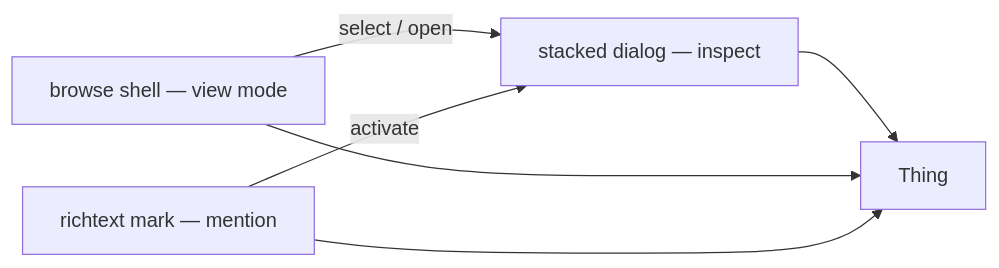
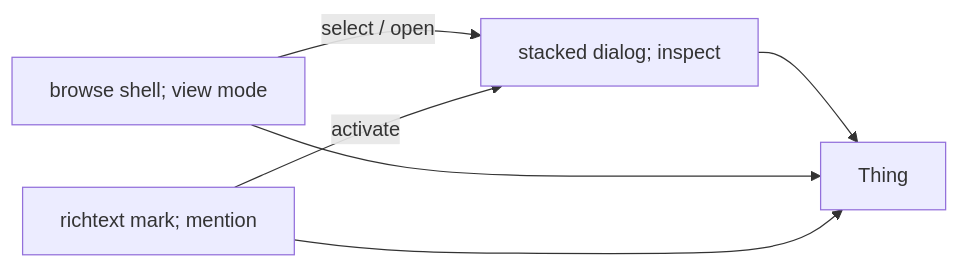
Before and after one commit to trentbrew/trellis: the first of 3 diagrams in docs/planning/tml-shell-dsl.md, drawn with Mermaid. The commit also changed other lines of this file and 218 other files, not shown here.

````diff
--- a/docs/planning/tml-shell-dsl.md
+++ b/docs/planning/tml-shell-dsl.md
@@ -24,12 +24,12 @@
 ```mermaid
 flowchart LR
-  Browse["browse shell — view mode"]
-  Mention["richtext mark — mention"]
-  Stack["stacked dialog — inspect"]
+  Browse["browse shell; view mode"]
+  Mention["richtext mark; mention"]
+  Stack["stacked dialog; inspect"]
   Thing["Thing"]
   Browse -->|"select / open"| Stack
   Mention -->|"activate"| Stack
   Stack --> Thing
   Browse --> Thing
   Mention --> Thing
 ```
````
